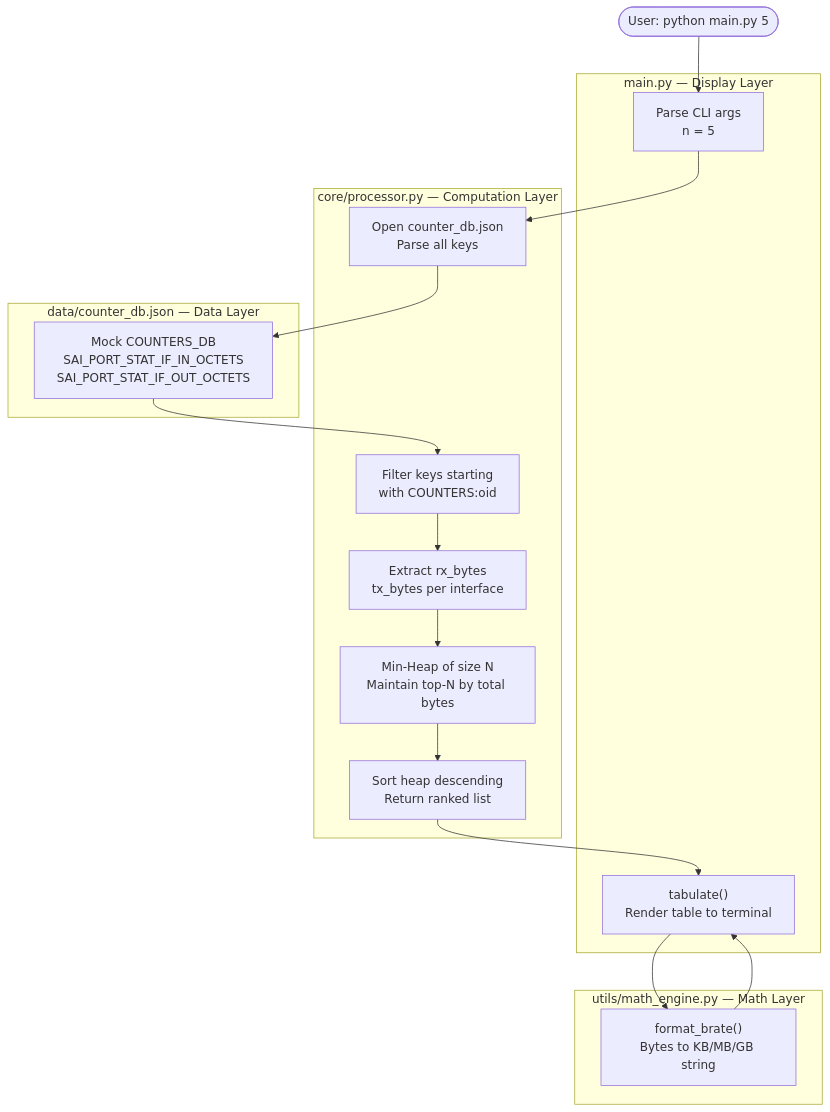
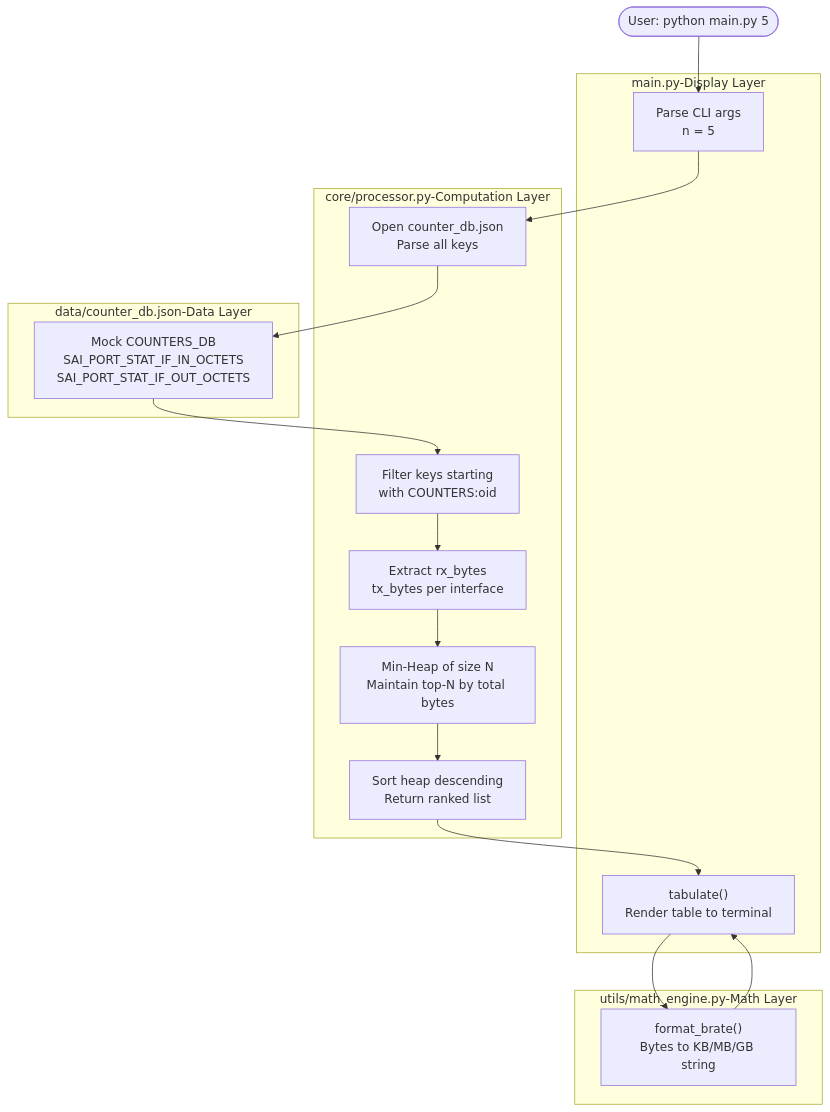
Before and after one commit to jayzalani/Sonic_top_n_interface: the third of 11 diagrams in readme.md, drawn with Mermaid. The commit also changed other lines of this file, not shown here.

````diff
--- a/readme.md
+++ b/readme.md
@@ -123,36 +123,36 @@
 ```mermaid
 graph TD
     USER(["User: python main.py 5"])
 
-    subgraph MAIN_LAYER["main.py — Display Layer"]
+    subgraph MAIN_LAYER["main.py-Display Layer"]
         ARGS["Parse CLI args\nn = 5"]
         TABULATE["tabulate()\nRender table to terminal"]
     end
 
-    subgraph CORE_LAYER["core/processor.py — Computation Layer"]
+    subgraph CORE_LAYER["core/processor.py-Computation Layer"]
         READ["Open counter_db.json\nParse all keys"]
         FILTER["Filter keys starting\nwith COUNTERS:oid"]
         EXTRACT["Extract rx_bytes\ntx_bytes per interface"]
         HEAP["Min-Heap of size N\nMaintain top-N by total bytes"]
         SORT["Sort heap descending\nReturn ranked list"]
     end
 
-    subgraph MATH_LAYER["utils/math_engine.py — Math Layer"]
+    subgraph MATH_LAYER["utils/math_engine.py-Math Layer"]
         BRATE["format_brate()\nBytes to KB/MB/GB string"]
     end
 
-    subgraph DATA_LAYER["data/counter_db.json — Data Layer"]
+    subgraph DATA_LAYER["data/counter_db.json-Data Layer"]
         JSON["Mock COUNTERS_DB\nSAI_PORT_STAT_IF_IN_OCTETS\nSAI_PORT_STAT_IF_OUT_OCTETS"]
     end
 
     USER --> ARGS
     ARGS --> READ
     READ --> JSON
     JSON --> FILTER
     FILTER --> EXTRACT
     EXTRACT --> HEAP
     HEAP --> SORT
     SORT --> TABULATE
     TABULATE --> BRATE
     BRATE --> TABULATE
 ```
````
